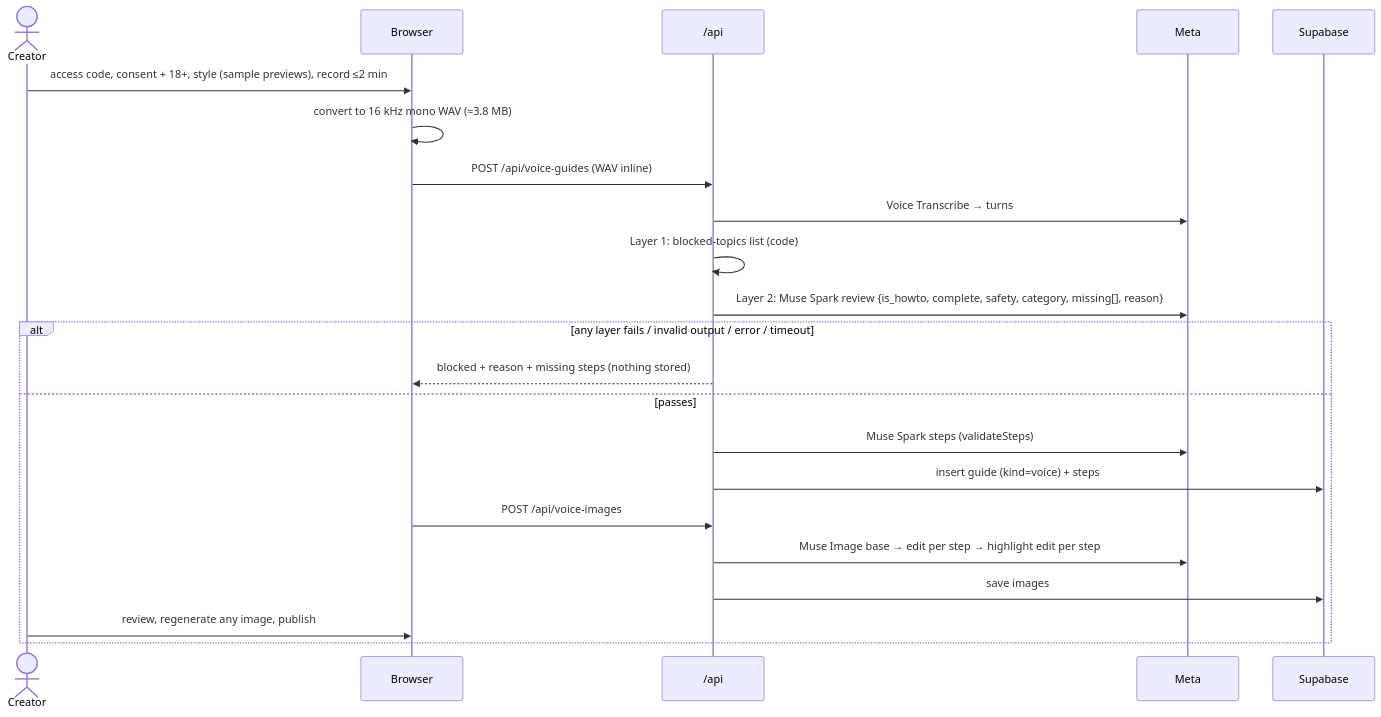
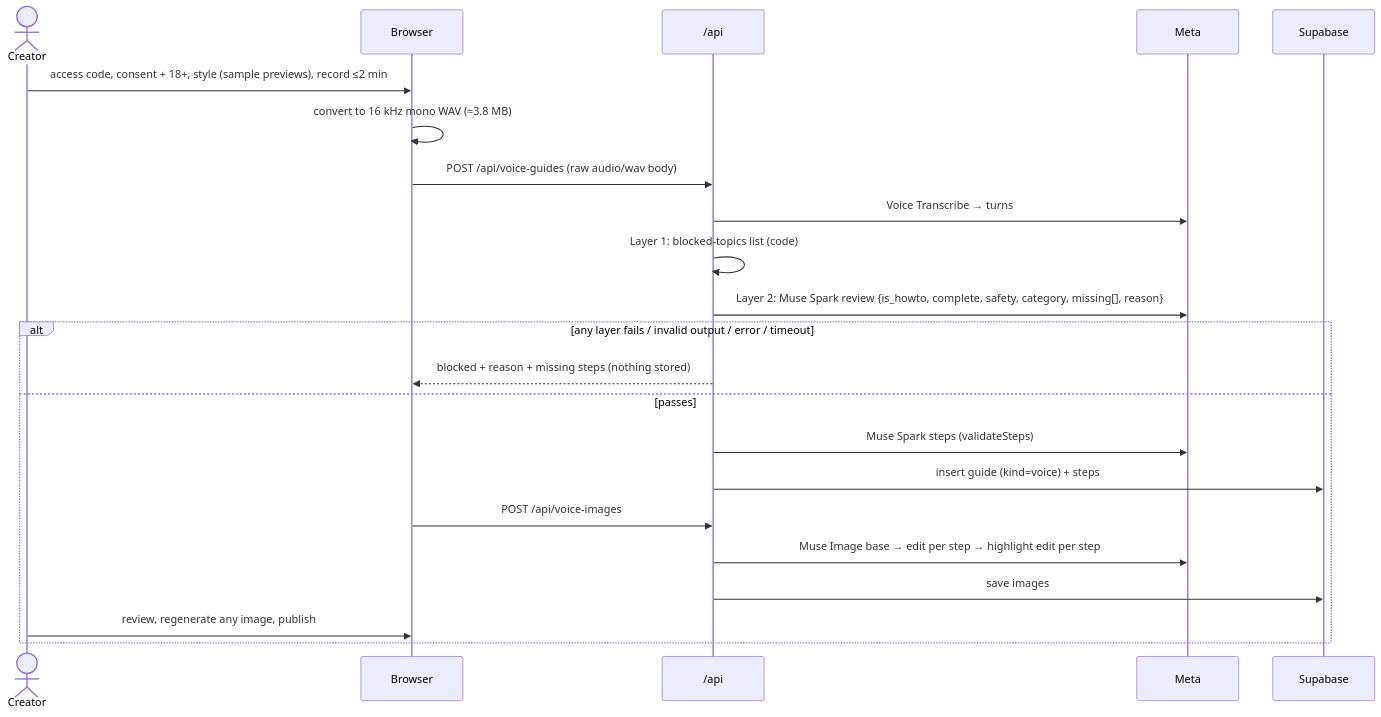
The fourth of 5 diagrams in apps/showhow/docs/ARCHITECTURE.md (muhammadtalhaishtiaq/goodfix), drawn with Mermaid before and after one commit. The commit also changed other lines of this file and 13 other files, not shown here.

Commit message:
Fix 13 consistency findings: shrink-limits, Verdict type, IP salt, attempts guard, raw-WAV voice upload, keyframe URLs; replan (deploy early, T18/T16 candidate cuts)

````diff
--- a/apps/showhow/docs/ARCHITECTURE.md
+++ b/apps/showhow/docs/ARCHITECTURE.md
@@ -196,24 +199,24 @@
 ```mermaid
 sequenceDiagram
   actor Cr as Creator
   participant B as Browser
   participant A as /api
   participant M as Meta
   participant S as Supabase
   Cr->>B: access code, consent + 18+, style (sample previews), record ≤2 min
   B->>B: convert to 16 kHz mono WAV (≈3.8 MB)
-  B->>A: POST /api/voice-guides (WAV inline)
+  B->>A: POST /api/voice-guides (raw audio/wav body)
   A->>M: Voice Transcribe → turns
   A->>A: Layer 1: blocked-topics list (code)
   A->>M: Layer 2: Muse Spark review {is_howto, complete, safety, category, missing[], reason}
   alt any layer fails / invalid output / error / timeout
     A-->>B: blocked + reason + missing steps (nothing stored)
   else passes
     A->>M: Muse Spark steps (validateSteps)
     A->>S: insert guide (kind=voice) + steps
     B->>A: POST /api/voice-images
     A->>M: Muse Image base → edit per step → highlight edit per step
     A->>S: save images
     Cr->>B: review, regenerate any image, publish
   end
 ```
````
